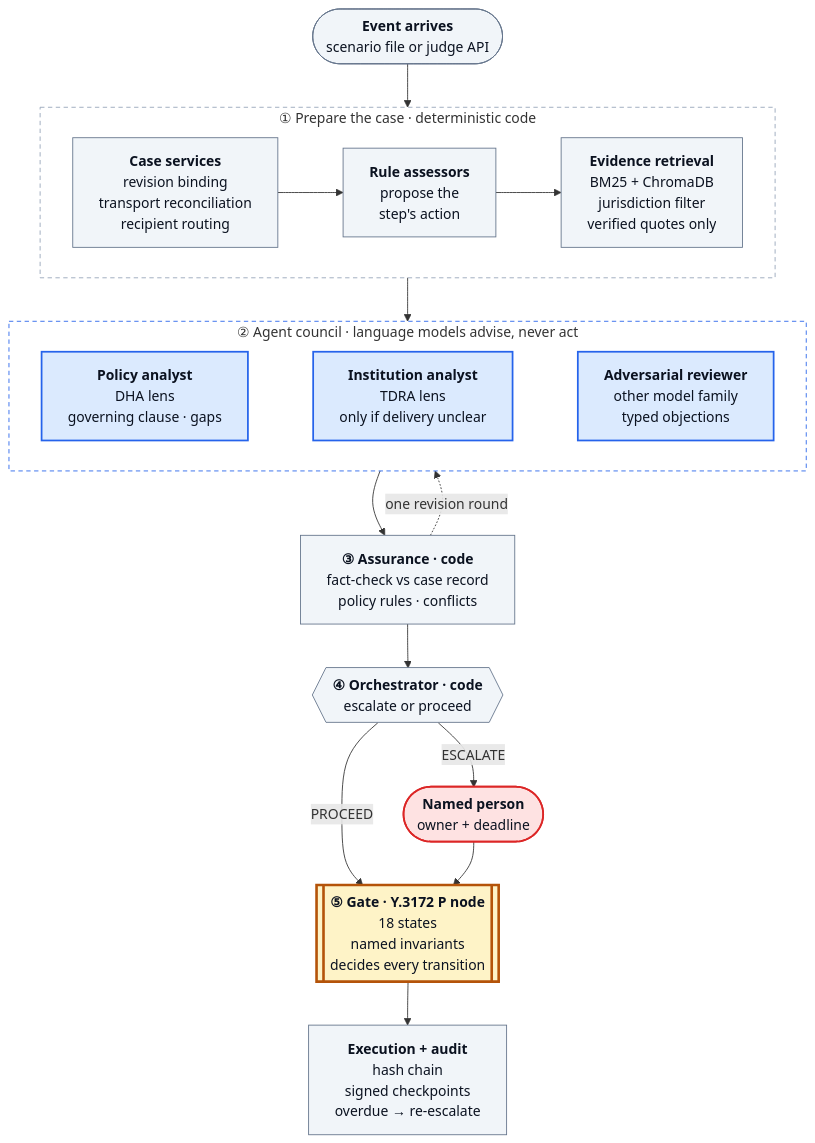
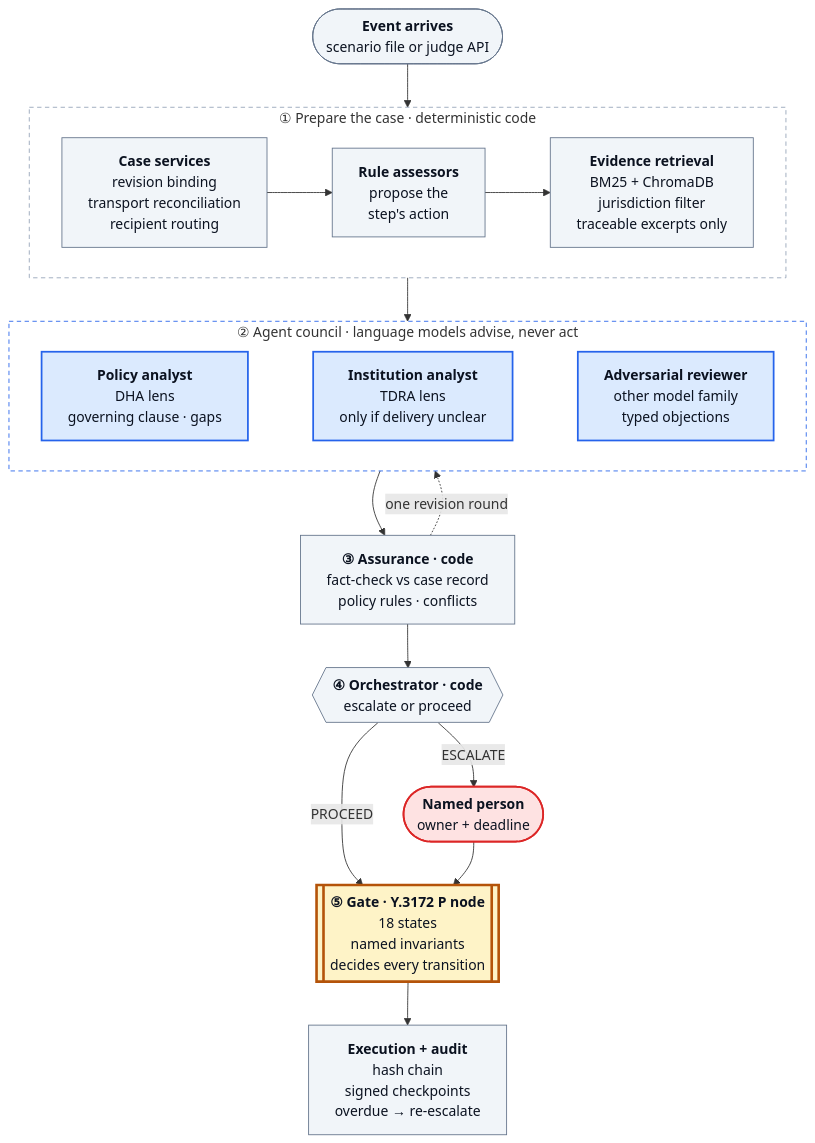
One commit to Shashwat-srivastav/ResultRelay-UAE changed the first of 4 diagrams in README.md. Above: the diagram before and after it, drawn with Mermaid. The commit also changed other lines of this file and 6 other files, not shown here.

````diff
--- a/README.md
+++ b/README.md
@@ -58,44 +59,44 @@
 ```mermaid
 flowchart TB
     EV(["<b>Event arrives</b><br/>scenario file or judge API"])
 
     subgraph PREP["① Prepare the case · deterministic code"]
         direction LR
         CS["<b>Case services</b><br/>revision binding<br/>transport reconciliation<br/>recipient routing"]
         AS["<b>Rule assessors</b><br/>propose the<br/>step's action"]
-        RT["<b>Evidence retrieval</b><br/>BM25 + ChromaDB<br/>jurisdiction filter<br/>verified quotes only"]
+        RT["<b>Evidence retrieval</b><br/>BM25 + ChromaDB<br/>jurisdiction filter<br/>traceable excerpts only"]
         CS --> AS --> RT
     end
 
     subgraph COUNCIL["② Agent council · language models advise, never act"]
         direction LR
         A1["<b>Policy analyst</b><br/>DHA lens<br/>governing clause · gaps"]
         A2["<b>Institution analyst</b><br/>TDRA lens<br/>only if delivery unclear"]
         A3["<b>Adversarial reviewer</b><br/>other model family<br/>typed objections"]
         A1 ~~~ A2 ~~~ A3
     end
 
     ASR["<b>③ Assurance · code</b><br/>fact-check vs case record<br/>policy rules · conflicts"]
     ORC{{"<b>④ Orchestrator · code</b><br/>escalate or proceed"}}
     GT[["<b>⑤ Gate · Y.3172 P node</b><br/>18 states<br/>named invariants<br/>decides every transition"]]
     PE(["<b>Named person</b><br/>owner + deadline"])
     EX["<b>Execution + audit</b><br/>hash chain<br/>signed checkpoints<br/>overdue → re-escalate"]
 
     EV --> PREP --> COUNCIL --> ASR --> ORC
     ASR -. "one revision round" .-> COUNCIL
     ORC -- "PROCEED" --> GT
     ORC -- "ESCALATE" --> PE
     PE --> GT
     GT --> EX
 
     classDef llm fill:#dbeafe,stroke:#2563eb,stroke-width:2px,color:#0b1220
     classDef code fill:#f1f5f9,stroke:#64748b,color:#0b1220
     classDef gate fill:#fef3c7,stroke:#b45309,stroke-width:3px,color:#0b1220
     classDef human fill:#fee2e2,stroke:#dc2626,stroke-width:2px,color:#0b1220
     class A1,A2,A3 llm
     class EV,CS,AS,RT,ASR,ORC,EX code
     class GT gate
     class PE human
     style PREP fill:transparent,stroke:#94a3b8,stroke-dasharray:5 4
     style COUNCIL fill:transparent,stroke:#2563eb,stroke-dasharray:5 4
 ```
````
